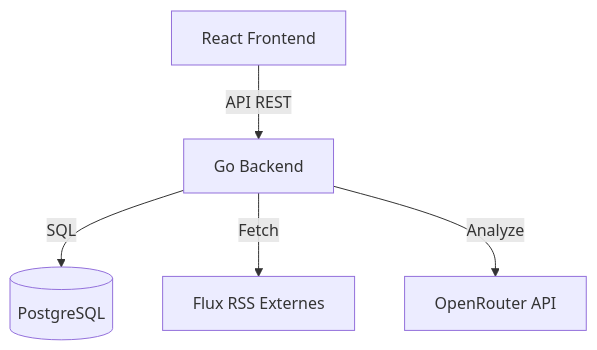
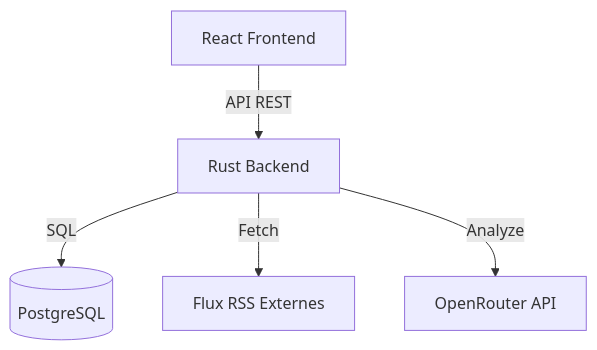
Before and after one commit to R0m1k3/FlowReader: the diagram in README.md, drawn with Mermaid. The commit also changed other lines of this file and 69 other files, not shown here.

First line of the commit message:
feat: rewrite the backend in Rust

````diff
--- a/README.md
+++ b/README.md
@@ -127,7 +138,7 @@
 ```mermaid
 graph TD
-    Client[React Frontend] -->|API REST| Server[Go Backend]
+    Client[React Frontend] -->|API REST| Server[Rust Backend]
     Server -->|SQL| DB[(PostgreSQL)]
     Server -->|Fetch| RSS[Flux RSS Externes]
     Server -->|Analyze| AI[OpenRouter API]
 ```
````
